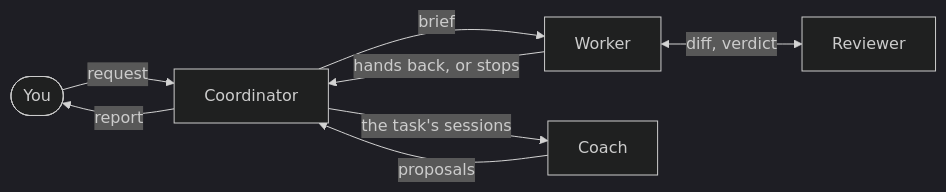
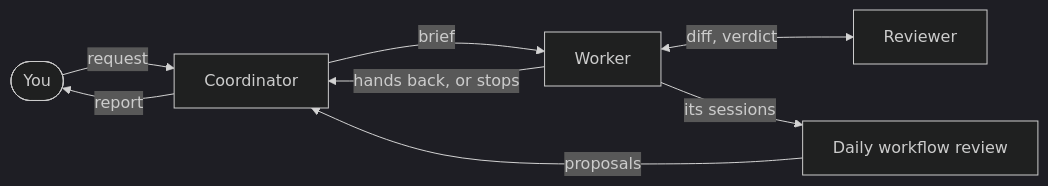
One commit to cniska/agent-skills changed the diagram in README.md. Above: the diagram before and after it, drawn with Mermaid (dark theme). The commit also changed other lines of this file and 5 other files, not shown here.

````diff
--- a/README.md
+++ b/README.md
@@ -25,10 +25,10 @@
 ```mermaid
 flowchart LR
   you(["You"]) -- "request" --> coord["Coordinator"]
   coord -- "brief" --> worker["Worker"]
   worker <-- "diff, verdict" --> reviewer["Reviewer"]
   worker -- "hands back, or stops" --> coord
-  coord -- "the task's sessions" --> coach["Coach"]
-  coach -- "proposals" --> coord
+  worker -- "its sessions" --> review["Daily workflow review"]
+  review -- "proposals" --> coord
   coord -- "report" --> you
 ```
````
